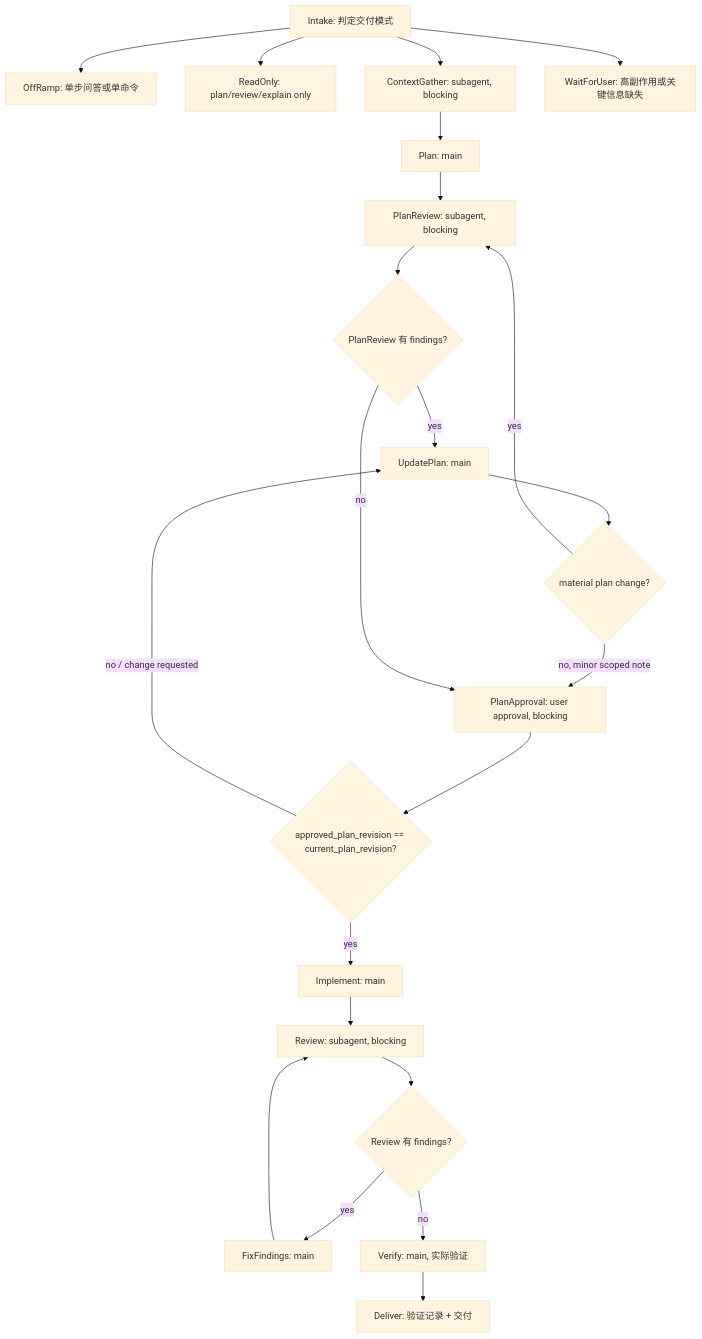
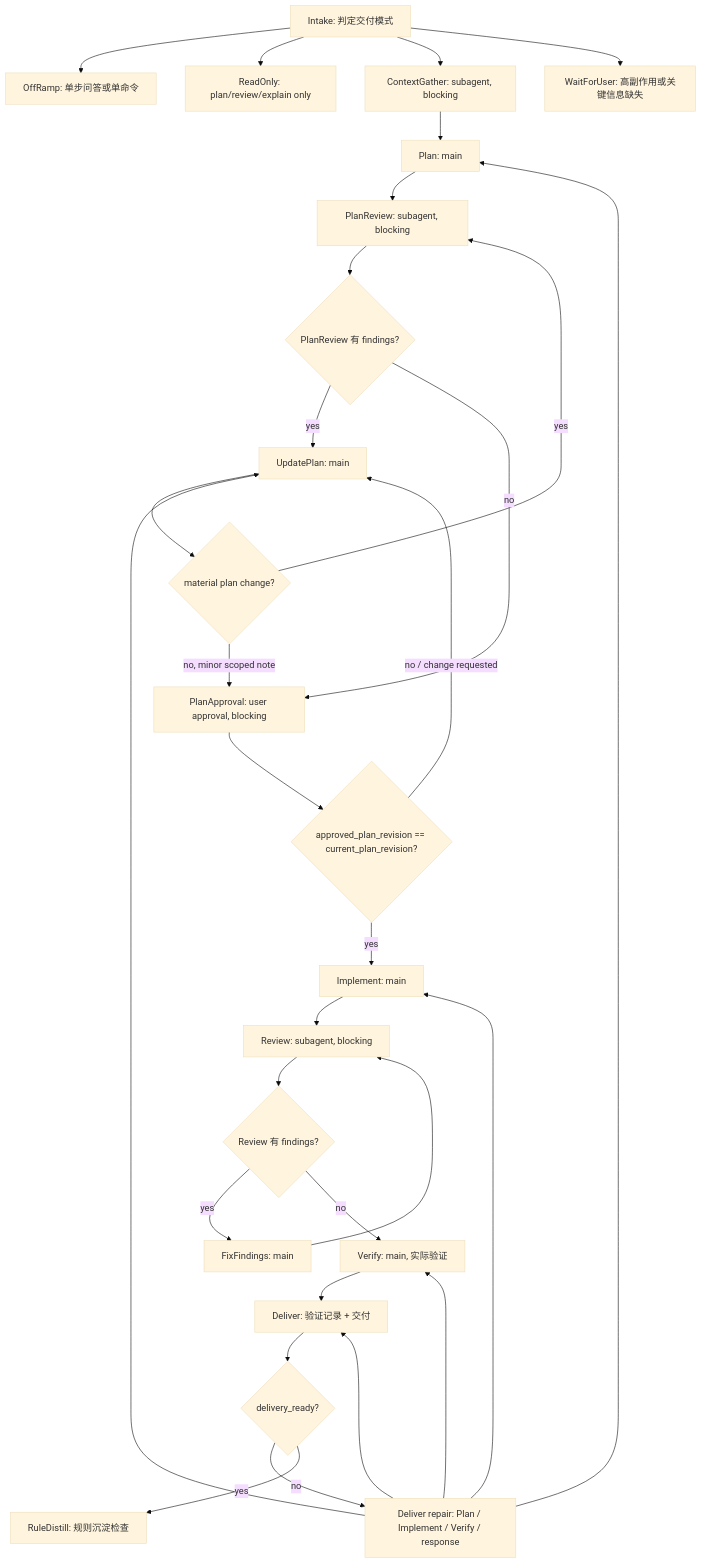
Before and after one commit to hanjeahwan/skills: the diagram in dev-pipeline/README.md, drawn with Mermaid (base theme). The commit also changed other lines of this file and 6 other files, not shown here.

Commit message:
docs(development-workflow): add deliver readiness and rule distillation gates

````diff
--- a/dev-pipeline/README.md
+++ b/dev-pipeline/README.md
@@ -22,45 +22,56 @@
 ```mermaid
 flowchart TD
   Intake["Intake: 判定交付模式"]
   OffRamp["OffRamp: 单步问答或单命令"]
   ReadOnly["ReadOnly: plan/review/explain only"]
   ContextGather["ContextGather: subagent, blocking"]
   Plan["Plan: main"]
   PlanReview["PlanReview: subagent, blocking"]
   PlanFindings{"PlanReview 有 findings?"}
   UpdatePlan["UpdatePlan: main"]
   PlanChange{"material plan change?"}
   PlanApproval["PlanApproval: user approval, blocking"]
   PlanApproved{"approved_plan_revision == current_plan_revision?"}
   Implement["Implement: main"]
   Review["Review: subagent, blocking"]
   ReviewFindings{"Review 有 findings?"}
   FixFindings["FixFindings: main"]
   Verify["Verify: main, 实际验证"]
   Deliver["Deliver: 验证记录 + 交付"]
+  DeliveryReady{"delivery_ready?"}
+  DeliverRepair["Deliver repair: Plan / Implement / Verify / response"]
+  RuleDistill["RuleDistill: 规则沉淀检查"]
   WaitForUser["WaitForUser: 高副作用或关键信息缺失"]
 
   Intake --> OffRamp
   Intake --> ReadOnly
   Intake --> ContextGather
   Intake --> WaitForUser
 
   ContextGather --> Plan
   Plan --> PlanReview
   PlanReview --> PlanFindings
   PlanFindings -- "yes" --> UpdatePlan
   UpdatePlan --> PlanChange
   PlanChange -- "yes" --> PlanReview
   PlanChange -- "no, minor scoped note" --> PlanApproval
   PlanFindings -- "no" --> PlanApproval
   PlanApproval --> PlanApproved
   PlanApproved -- "yes" --> Implement
   PlanApproved -- "no / change requested" --> UpdatePlan
 
   Implement --> Review
   Review --> ReviewFindings
   ReviewFindings -- "yes" --> FixFindings
   FixFindings --> Review
   ReviewFindings -- "no" --> Verify
   Verify --> Deliver
+  Deliver --> DeliveryReady
+  DeliveryReady -- "no" --> DeliverRepair
+  DeliverRepair --> Plan
+  DeliverRepair --> UpdatePlan
+  DeliverRepair --> Implement
+  DeliverRepair --> Verify
+  DeliverRepair --> Deliver
+  DeliveryReady -- "yes" --> RuleDistill
 ```
````
